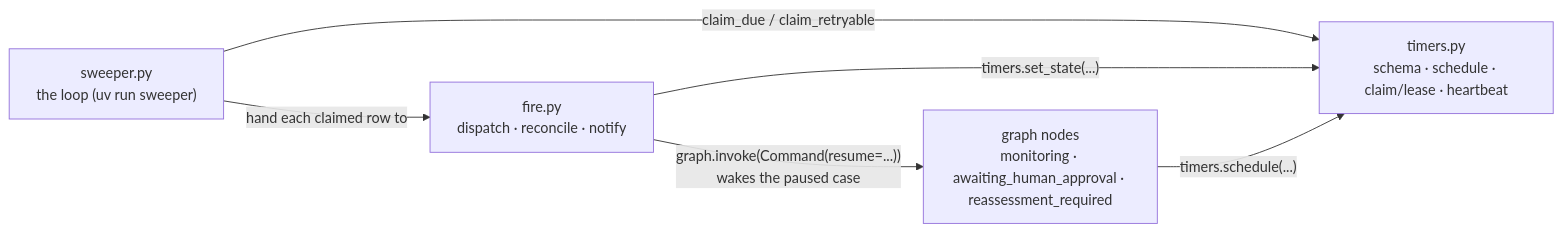
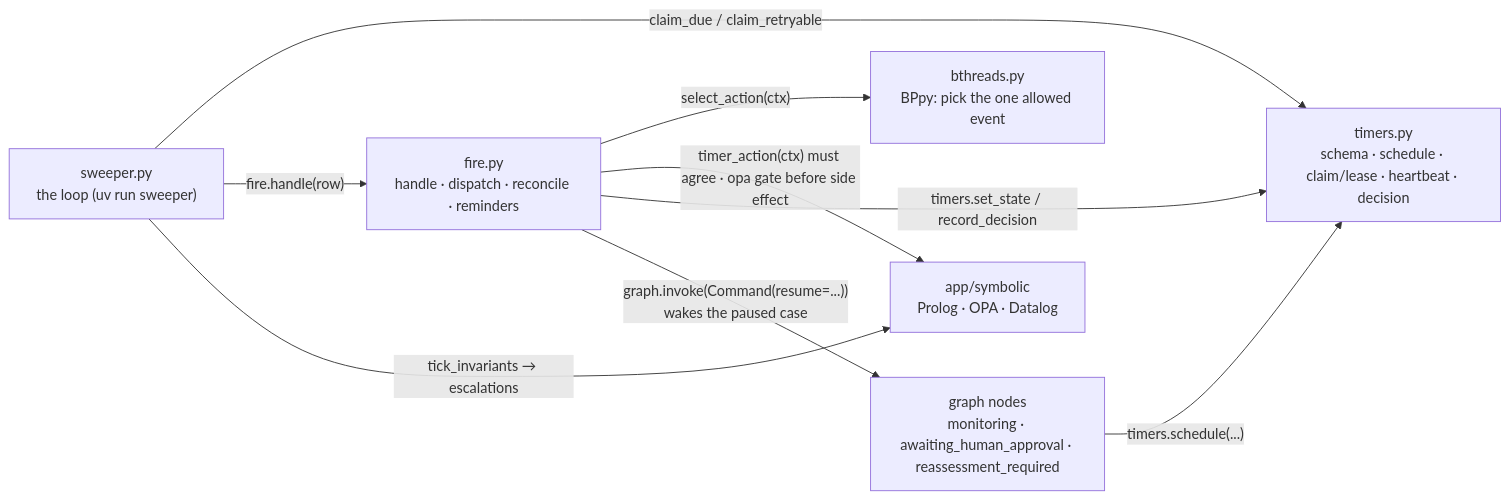
Before and after one commit to aoTeisha/triage-guard: the first of 3 diagrams in triage-app/app/monitor/README.md, drawn with Mermaid. The commit also changed other lines of this file and 38 other files, not shown here.

````diff
--- a/triage-app/app/monitor/README.md
+++ b/triage-app/app/monitor/README.md
@@ -22,13 +24,18 @@
 ```mermaid
 flowchart LR
-  TS["timers.py<br/>schema · schedule · claim/lease · heartbeat"]
-  FI["fire.py<br/>dispatch · reconcile · notify"]
+  TS["timers.py<br/>schema · schedule · claim/lease · heartbeat · decision"]
+  FI["fire.py<br/>handle · dispatch · reconcile · reminders"]
+  BT["bthreads.py<br/>BPpy: pick the one allowed event"]
+  SY["app/symbolic<br/>Prolog · OPA · Datalog"]
   SW["sweeper.py<br/>the loop (uv run sweeper)"]
   GR["graph nodes<br/>monitoring · awaiting_human_approval · reassessment_required"]
 
   GR -- "timers.schedule(...)" --> TS
   SW -- "claim_due / claim_retryable" --> TS
-  SW -- "hand each claimed row to" --> FI
-  FI -- "timers.set_state(...)" --> TS
+  SW -- "fire.handle(row)" --> FI
+  FI -- "select_action(ctx)" --> BT
+  FI -- "timer_action(ctx) must agree · opa gate before side effect" --> SY
+  SW -- "tick_invariants → escalations" --> SY
+  FI -- "timers.set_state / record_decision" --> TS
   FI -- "graph.invoke(Command(resume=...))<br/>wakes the paused case" --> GR
 ```
````
